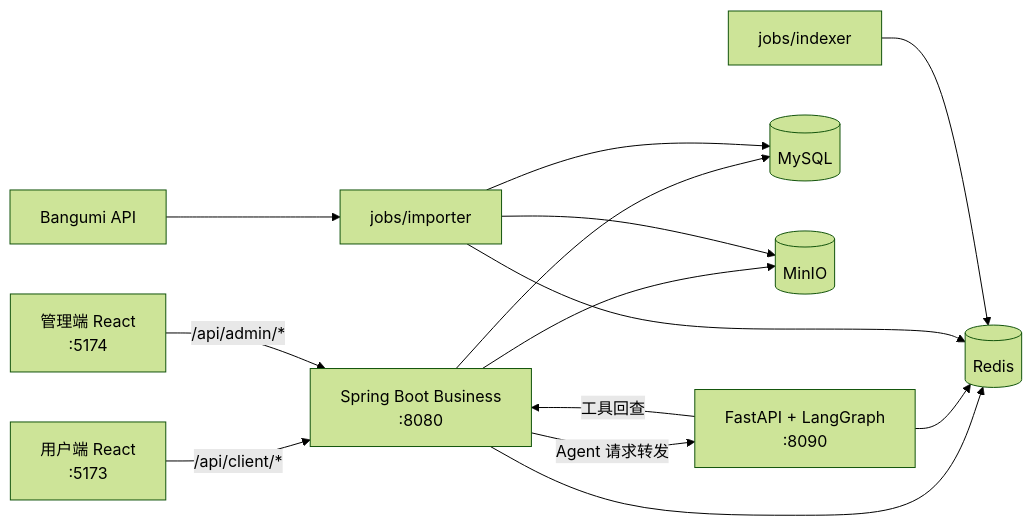
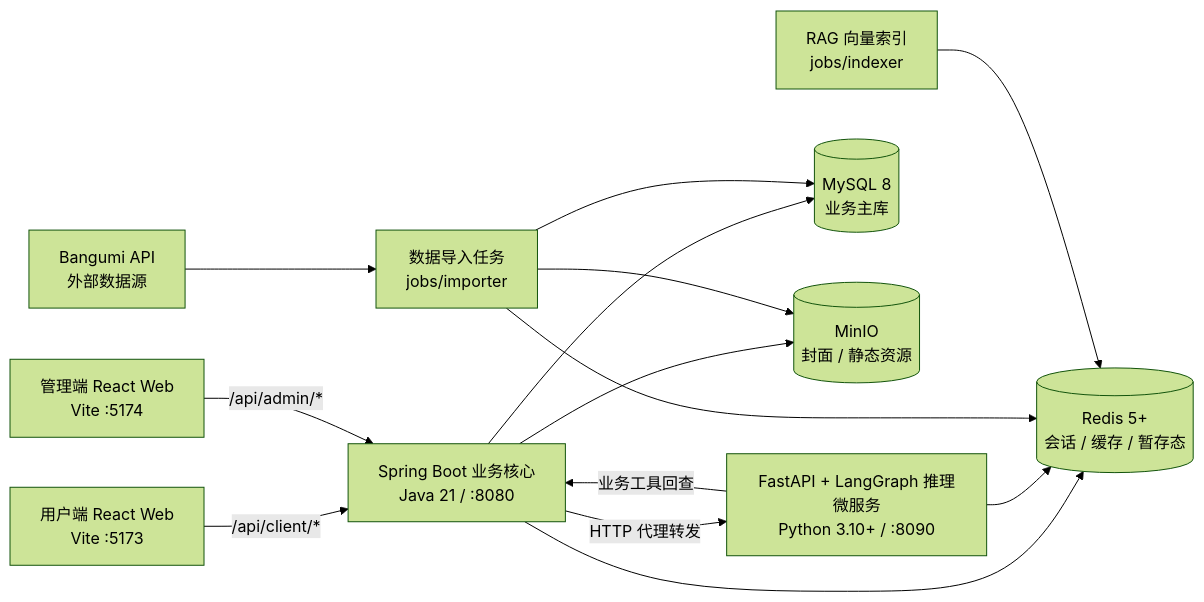
One commit to zhaizzH/AnimeTracker changed the second of 2 diagrams in README.md. Above: the diagram before and after it, drawn with Mermaid (forest theme). The commit also changed other lines of this file and 6 other files, not shown here.

````diff
--- a/README.md
+++ b/README.md
@@ -75,27 +79,27 @@
 ```mermaid
 flowchart LR
-    Client["用户端 React<br/>:5173"]
-    Admin["管理端 React<br/>:5174"]
-    Business["Spring Boot Business<br/>:8080"]
-    Agent["FastAPI + LangGraph<br/>:8090"]
-    MySQL[(MySQL)]
-    Redis[(Redis)]
-    MinIO[(MinIO)]
-    Bangumi[Bangumi API]
-    Importer["jobs/importer"]
-    Indexer["jobs/indexer"]
+    Client["用户端 React Web<br/>Vite :5173"]
+    Admin["管理端 React Web<br/>Vite :5174"]
+    Business["Spring Boot 业务核心<br/>Java 21 / :8080"]
+    Agent["FastAPI + LangGraph 推理微服务<br/>Python 3.10+ / :8090"]
+    MySQL[("MySQL 8<br/>业务主库")]
+    Redis[("Redis 5+<br/>会话 / 缓存 / 暂存态")]
+    MinIO[("MinIO<br/>封面 / 静态资源")]
+    Bangumi["Bangumi API<br/>外部数据源"]
+    Importer["数据导入任务<br/>jobs/importer"]
+    Indexer["RAG 向量索引<br/>jobs/indexer"]
 
     Client -->|/api/client/*| Business
     Admin -->|/api/admin/*| Business
-    Business -->|Agent 请求转发| Agent
-    Agent -->|工具回查| Business
+    Business -->|HTTP 代理转发| Agent
+    Agent -->|业务工具回查| Business
     Business --> MySQL
     Business --> Redis
     Business --> MinIO
     Agent --> Redis
     Bangumi --> Importer
     Importer --> MySQL
     Importer --> MinIO
     Importer --> Redis
     Indexer --> Redis
 ```
````
